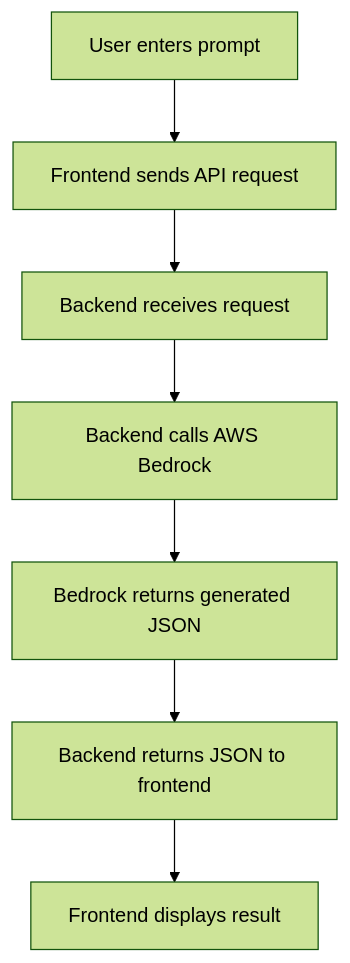
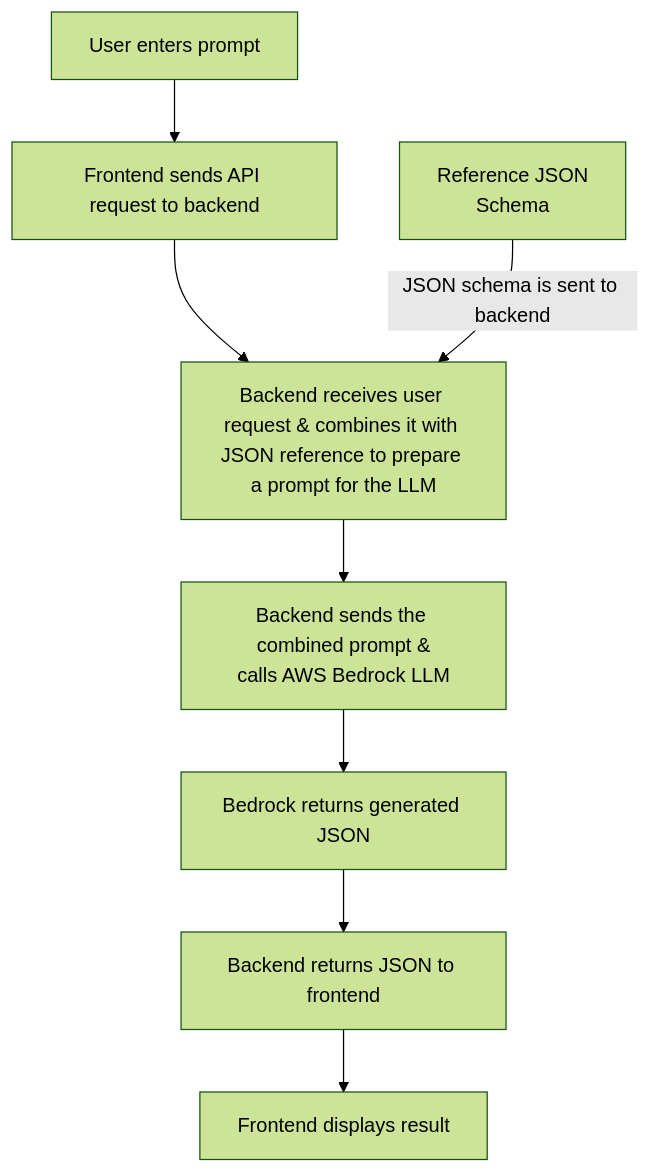
Before and after one commit to Vishnu0920/GenAI_FormGenerator_With_AWS: the diagram in documentation/flowchart.md, drawn with Mermaid (forest theme). The commit also changed other lines of this file and 9 other files, not shown here.

````diff
--- a/documentation/flowchart.md
+++ b/documentation/flowchart.md
@@ -5,9 +5,10 @@
 ```mermaid
 flowchart TD
-    A[User enters prompt] --> B[Frontend sends API request]
-    B --> C[Backend receives request]
-    C --> D[Backend calls AWS Bedrock]
-    D --> E[Bedrock returns generated JSON]
-    E --> F[Backend returns JSON to frontend]
-    F --> G[Frontend displays result]
+    A[User enters prompt] --> B[Frontend sends API request to backend]
+    B --> C[Backend receives user request & combines it with JSON reference to prepare a prompt for the LLM]
+    D[Reference JSON<br>Schema] -->|JSON schema is sent to backend| C
+    C --> E[Backend sends the combined prompt &<br>calls AWS Bedrock LLM]
+    E --> F[Bedrock returns generated JSON]
+    F --> G[Backend returns JSON to frontend]
+    G --> H[Frontend displays result]
 ```
````
